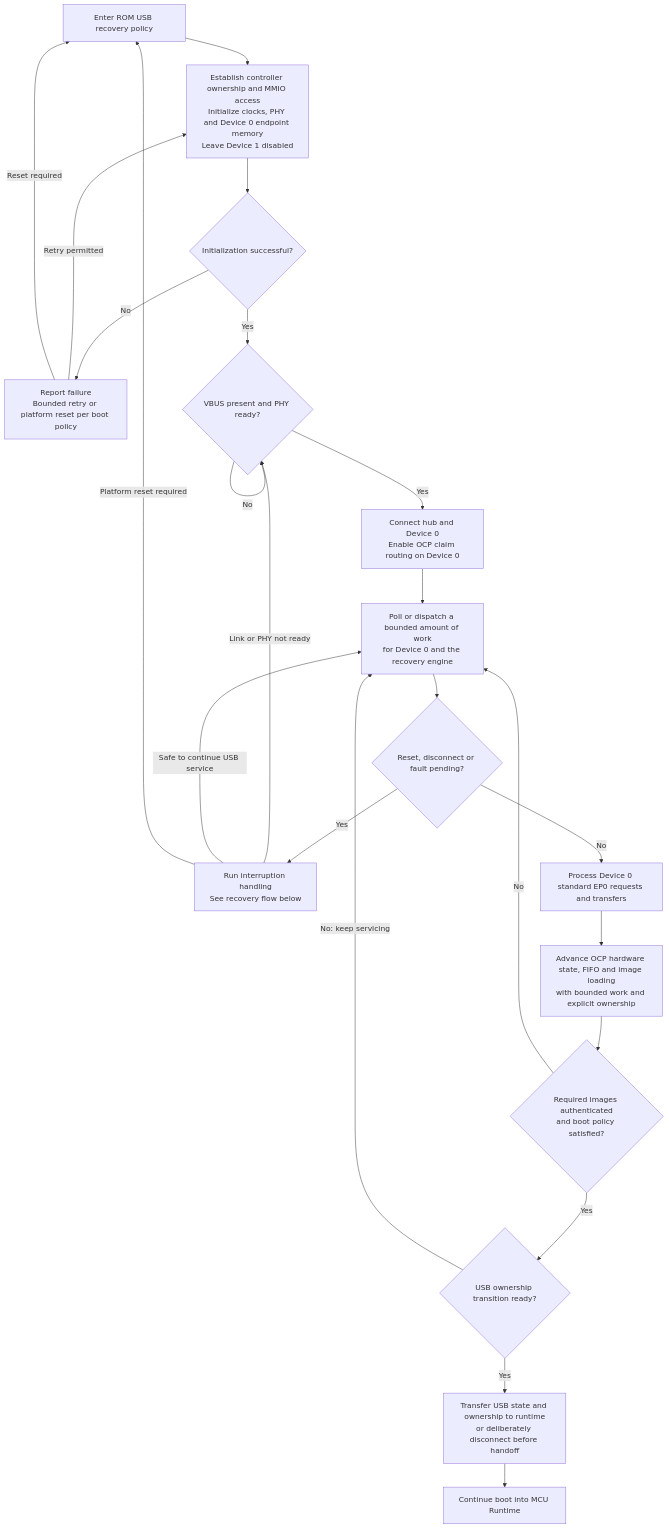
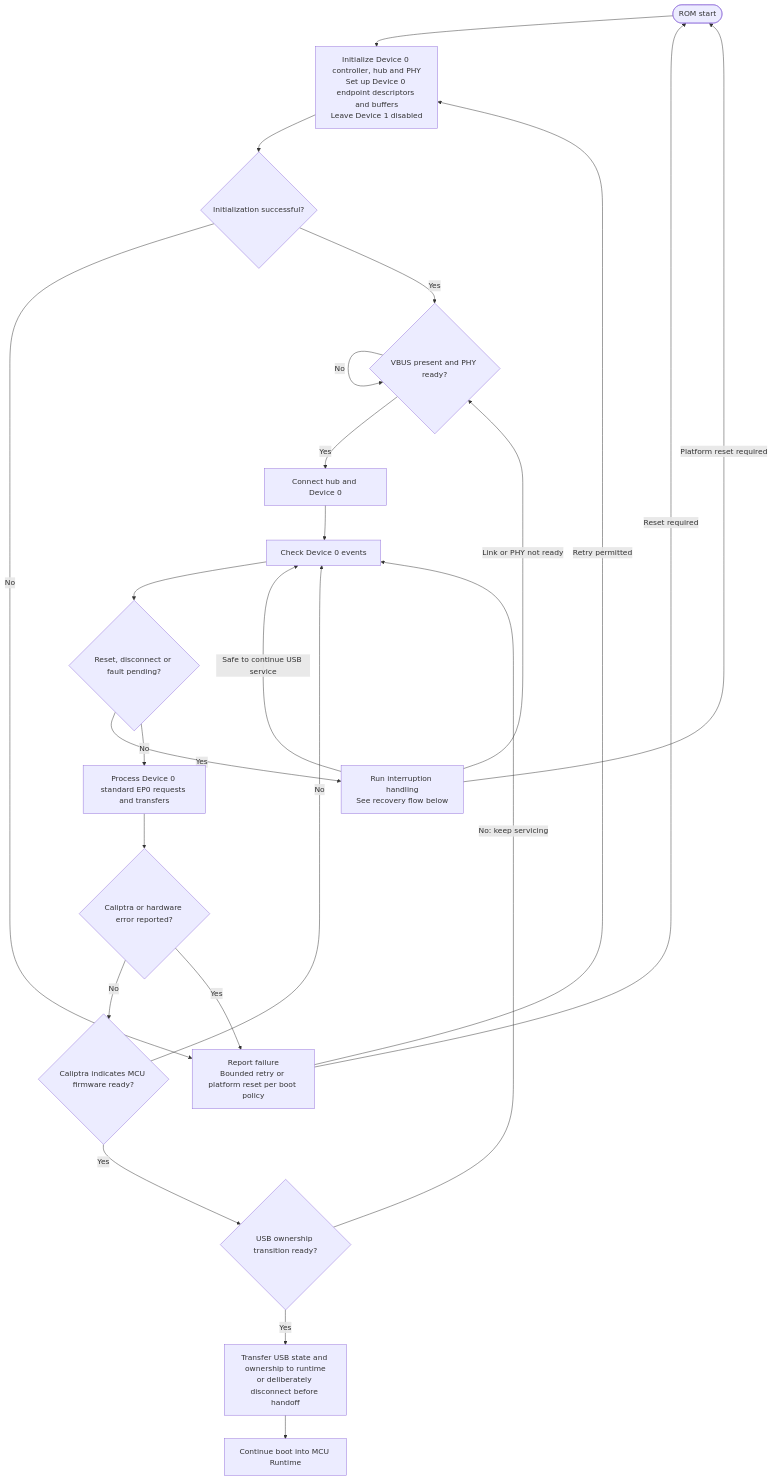
One commit to chipsalliance/caliptra-mcu-sw changed the sixth of 7 diagrams in docs/src/usb_recovery_emulation.md. Above: the diagram before and after it, drawn with Mermaid. The commit also changed other lines of this file, not shown here.

Commit message:
Add error handling

````diff
--- a/docs/src/usb_recovery_emulation.md
+++ b/docs/src/usb_recovery_emulation.md
@@ -624,35 +667,37 @@
 ```mermaid
 flowchart TD
-    Boot["Enter ROM USB recovery policy"]
-    Init["Establish controller ownership and MMIO access<br/>Initialize clocks, PHY and Device 0 endpoint memory<br/>Leave Device 1 disabled"]
+    Start(["ROM start"])
+    Init["Initialize Device 0 controller, hub and PHY<br/>Set up Device 0 endpoint descriptors and buffers<br/>Leave Device 1 disabled"]
     InitOK{"Initialization successful?"}
     InitFail["Report failure<br/>Bounded retry or platform reset per boot policy"]
     Attach{"VBUS present and PHY ready?"}
-    Connect["Connect hub and Device 0<br/>Enable OCP claim routing on Device 0"]
-    Loop["Poll or dispatch a bounded amount of work<br/>for Device 0 and the recovery engine"]
+    Connect["Connect hub and Device 0"]
+    Loop["Check Device 0 events"]
     Event{"Reset, disconnect or fault pending?"}
     Recover["Run interruption handling<br/>See recovery flow below"]
     EP0["Process Device 0 standard EP0 requests and transfers"]
-    OCP["Advance OCP hardware state, FIFO and image loading<br/>with bounded work and explicit ownership"]
-    Ready{"Required images authenticated<br/>and boot policy satisfied?"}
+    Check{"Caliptra or hardware error reported?"}
+    Ready{"Caliptra indicates MCU firmware ready?"}
     Handoff{"USB ownership transition ready?"}
     Transfer["Transfer USB state and ownership to runtime<br/>or deliberately disconnect before handoff"]
     Run["Continue boot into MCU Runtime"]
 
-    Boot --> Init --> InitOK
+    Start --> Init --> InitOK
     InitOK -->|No| InitFail
     InitFail -->|Retry permitted| Init
-    InitFail -->|Reset required| Boot
+    InitFail -->|Reset required| Start
     InitOK -->|Yes| Attach
     Attach -->|No| Attach
     Attach -->|Yes| Connect --> Loop --> Event
     Event -->|Yes| Recover
     Recover -->|Link or PHY not ready| Attach
     Recover -->|Safe to continue USB service| Loop
-    Recover -->|Platform reset required| Boot
-    Event -->|No| EP0 --> OCP --> Ready
+    Recover -->|Platform reset required| Start
+    Event -->|No| EP0 --> Check
+    Check -->|No| Ready
+    Check -->|Yes| InitFail
     Ready -->|No| Loop
     Ready -->|Yes| Handoff
     Handoff -->|No: keep servicing| Loop
     Handoff -->|Yes| Transfer --> Run
 ```
````
